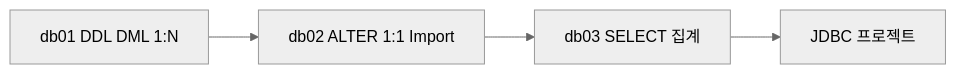
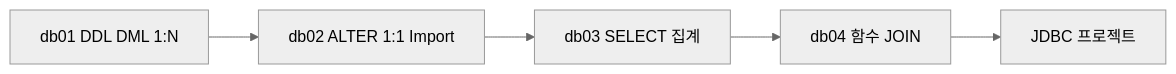
The ninth of 10 diagrams in README.md (metaapple/kb7-db), drawn with Mermaid (neutral theme) before and after one commit. The commit also changed other lines of this file and 2 other files, not shown here.

````diff
--- a/README.md
+++ b/README.md
@@ -195,6 +196,7 @@
 ```mermaid
 flowchart LR
     D1["db01 DDL DML 1:N"] --> D2["db02 ALTER 1:1 Import"]
     D2 --> D3["db03 SELECT 집계"]
-    D3 --> D4[JDBC 프로젝트]
+    D3 --> D4["db04 함수 JOIN"]
+    D4 --> D5[JDBC 프로젝트]
 ```
````
